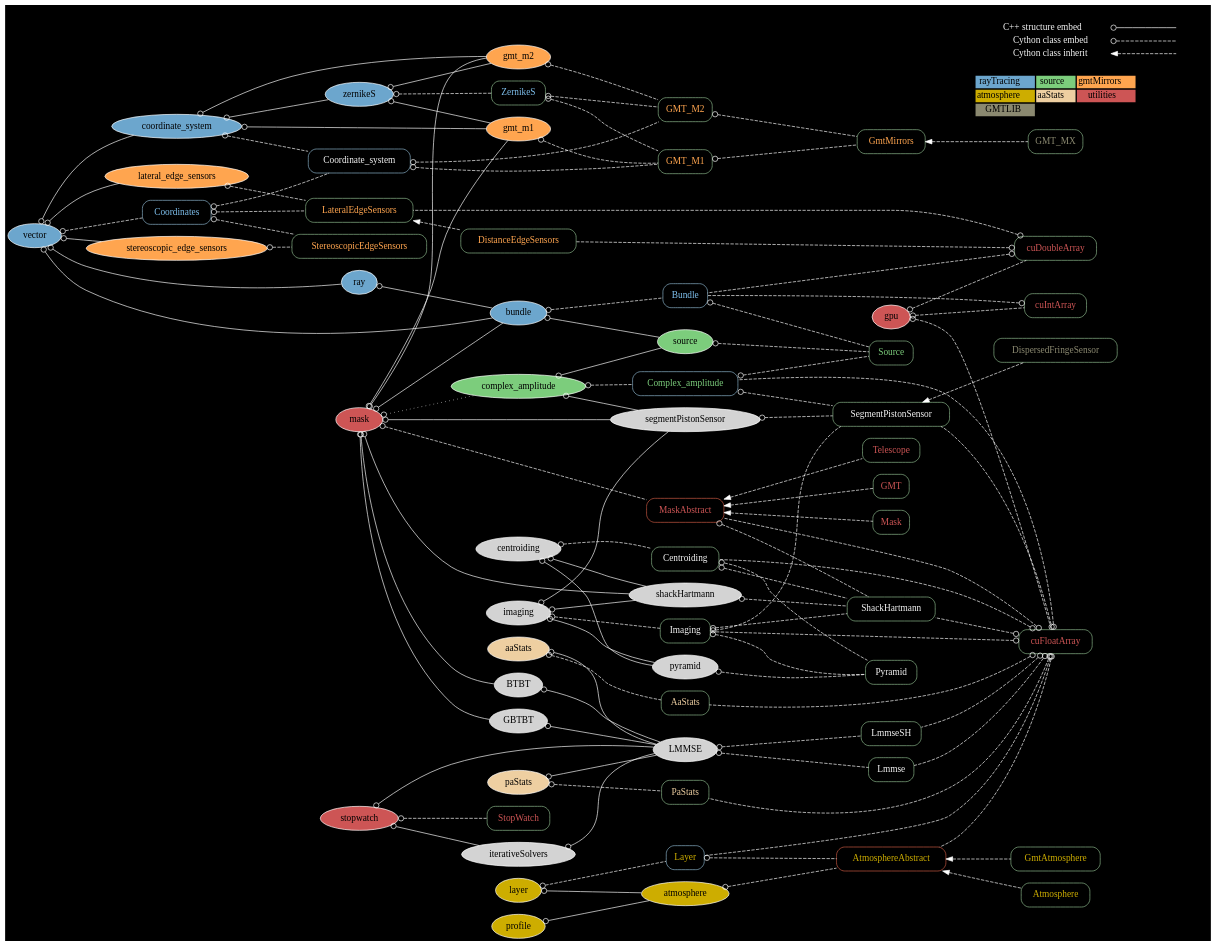
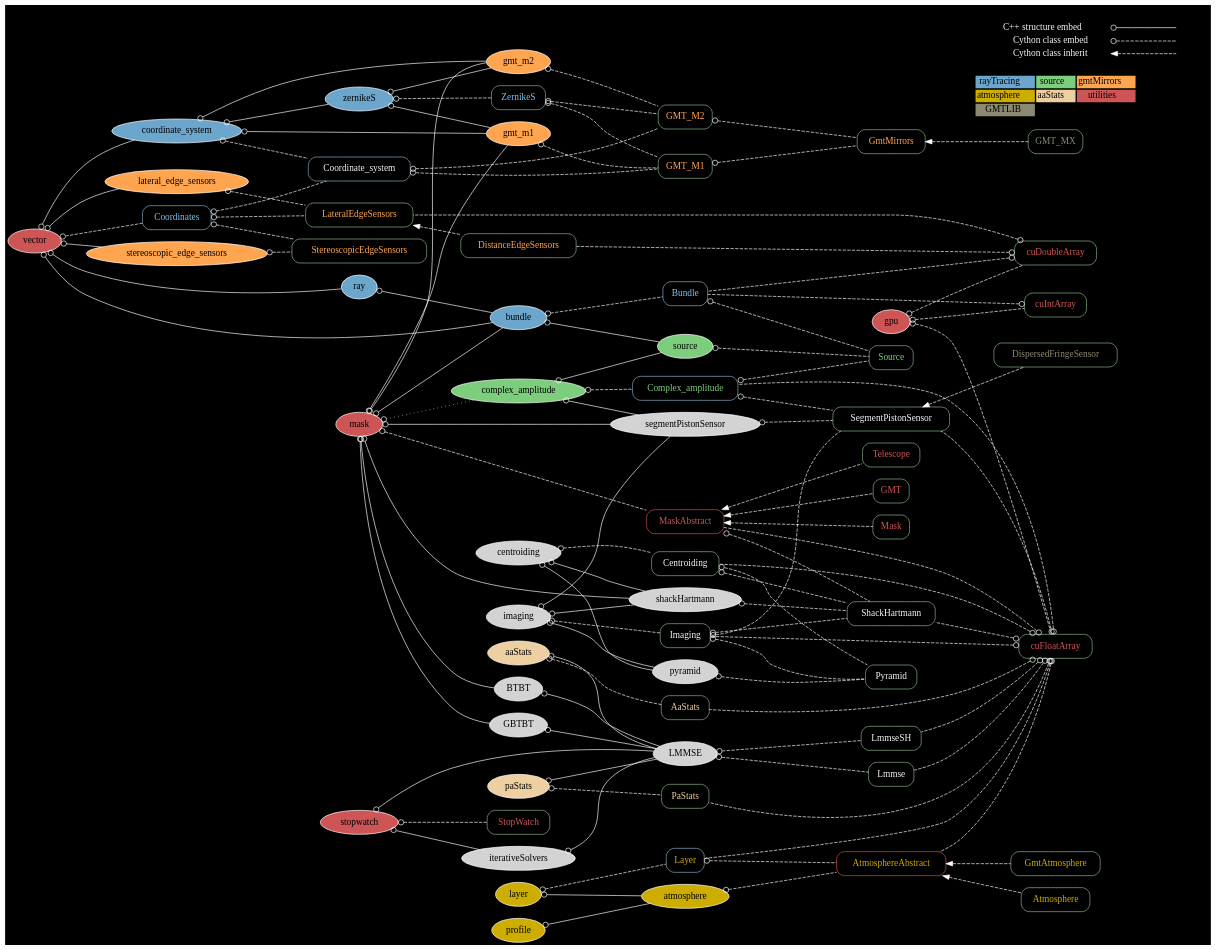
The diagram in graph/ceo.dot (rconan/CEO), drawn with Graphviz before and after one commit. The commit also changed other lines of this file and 2 other files, not shown here.

Commit message:
MOVED RTD AND VECTOR FROM RAYTRACING TO UTILITIES

```diff
--- a/graph/ceo.dot
+++ b/graph/ceo.dot
@@ -7,7 +7,6 @@
 
 {
 node[fillcolor=skyblue3]
-vector;
 zernikeS;
 ray;
 bundle;
@@ -43,6 +42,7 @@
 
 {
 node[fillcolor=indianred3];
+vector;
 mask;
 stopwatch;
 gpu;
```
